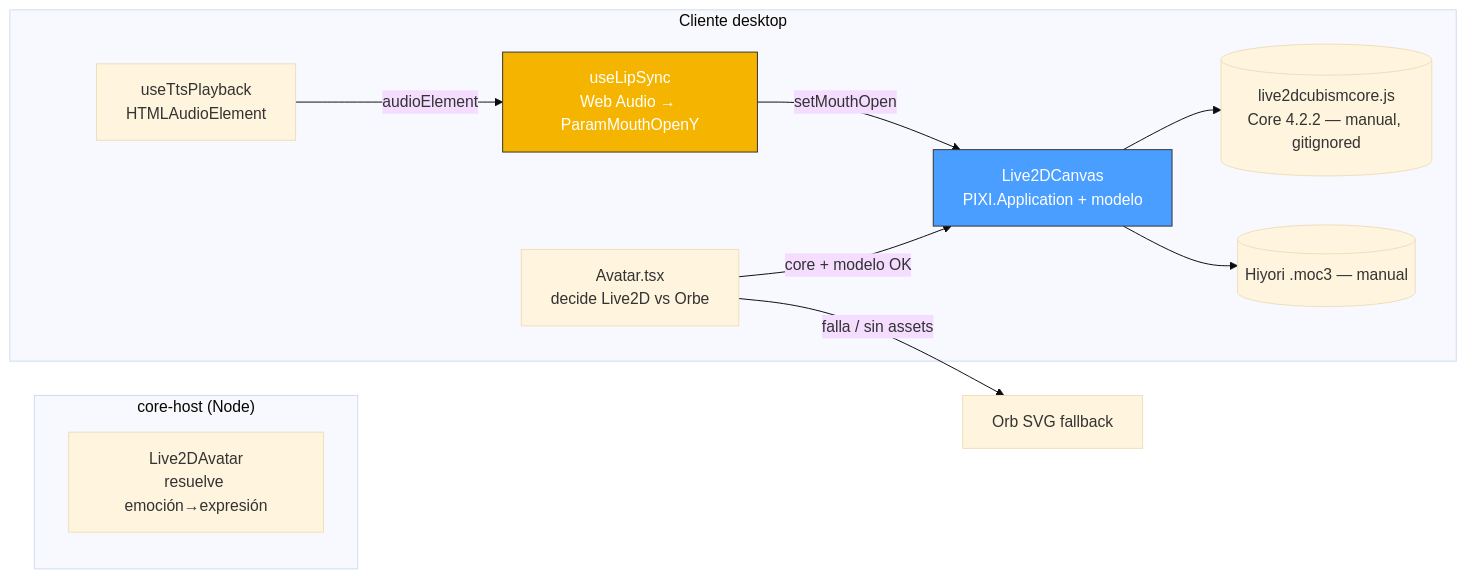
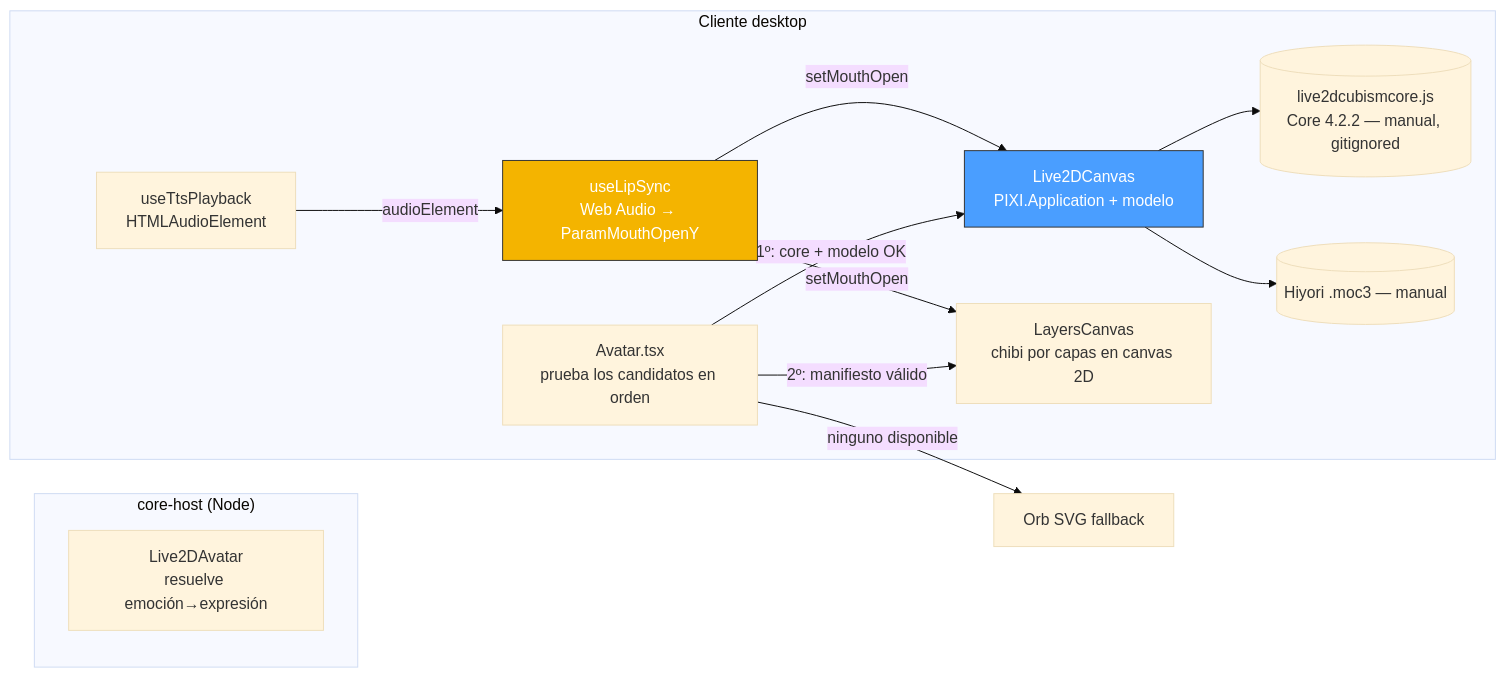
The sixth of 10 diagrams in docs/architecture.md (Pipelol0723/proyecto-shiro), drawn with Mermaid (base theme) before and after one commit. The commit also changed other lines of this file and 6 other files, not shown here.

````diff
--- a/docs/architecture.md
+++ b/docs/architecture.md
@@ -424,24 +424,27 @@
 ```mermaid
 graph LR
     subgraph "core-host (Node)"
         AvMod[Live2DAvatar<br/>resuelve emoción→expresión]
     end
     subgraph "Cliente desktop"
-        AvComp[Avatar.tsx<br/>decide Live2D vs Orbe]
+        AvComp[Avatar.tsx<br/>prueba los candidatos en orden]
         Canvas[Live2DCanvas<br/>PIXI.Application + modelo]
+        Layers[LayersCanvas<br/>chibi por capas en canvas 2D]
         LipSync[useLipSync<br/>Web Audio → ParamMouthOpenY]
         Tts[useTtsPlayback<br/>HTMLAudioElement]
         Core[(live2dcubismcore.js<br/>Core 4.2.2 — manual, gitignored)]
         Model[(Hiyori .moc3 — manual)]
     end
 
-    AvComp -->|core + modelo OK| Canvas
-    AvComp -->|falla / sin assets| Orb[Orb SVG fallback]
+    AvComp -->|1º: core + modelo OK| Canvas
+    AvComp -->|2º: manifiesto válido| Layers
+    AvComp -->|ninguno disponible| Orb[Orb SVG fallback]
     Canvas --> Core
     Canvas --> Model
     Tts -->|audioElement| LipSync
     LipSync -->|setMouthOpen| Canvas
+    LipSync -->|setMouthOpen| Layers
 
     style Canvas fill:#4a9eff,stroke:#333,color:#fff
     style LipSync fill:#f4b400,stroke:#333,color:#fff
 ```
````
